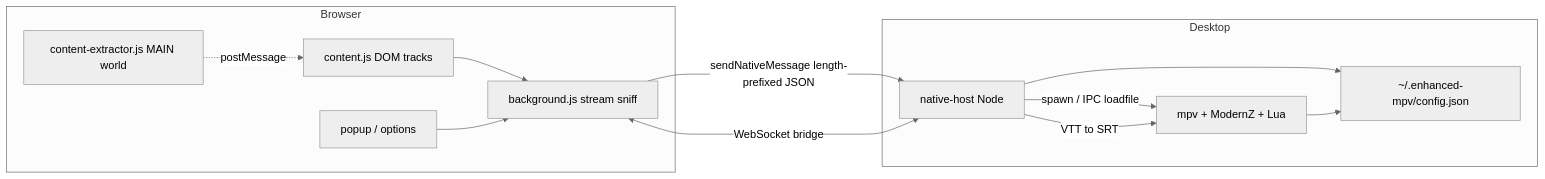
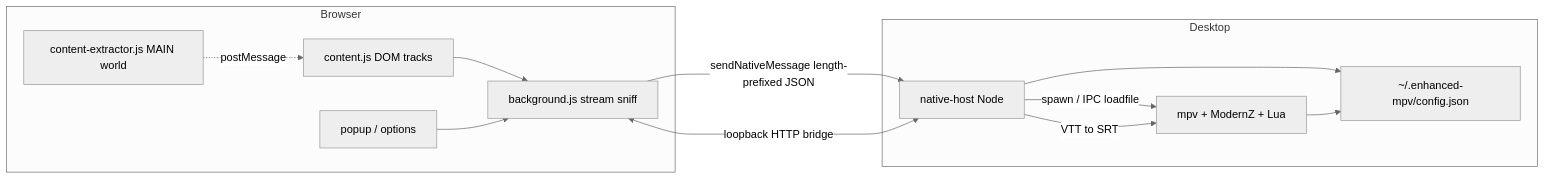
The diagram in README.md (nihal6886/enhanced-mpv), drawn with Mermaid (neutral theme) before and after one commit. The commit also changed other lines of this file and 26 other files, not shown here.

````diff
--- a/README.md
+++ b/README.md
@@ -111,23 +111,23 @@
 ```mermaid
 flowchart LR
   subgraph Browser
     CS[content.js DOM tracks]
     CE[content-extractor.js MAIN world]
     BG[background.js stream sniff]
     POP[popup / options]
   end
   subgraph Desktop
     NH[native-host Node]
     CFG[~/.enhanced-mpv/config.json]
     MPV[mpv + ModernZ + Lua]
   end
   CS --> BG
   CE -.->|postMessage| CS
   POP --> BG
   BG -->|"sendNativeMessage length-prefixed JSON"| NH
-  BG <--->|WebSocket bridge| NH
+  BG <--->|loopback HTTP bridge| NH
   NH --> CFG
   MPV --> CFG
   NH -->|"spawn / IPC loadfile"| MPV
   NH -->|VTT to SRT| MPV
 ```
````
